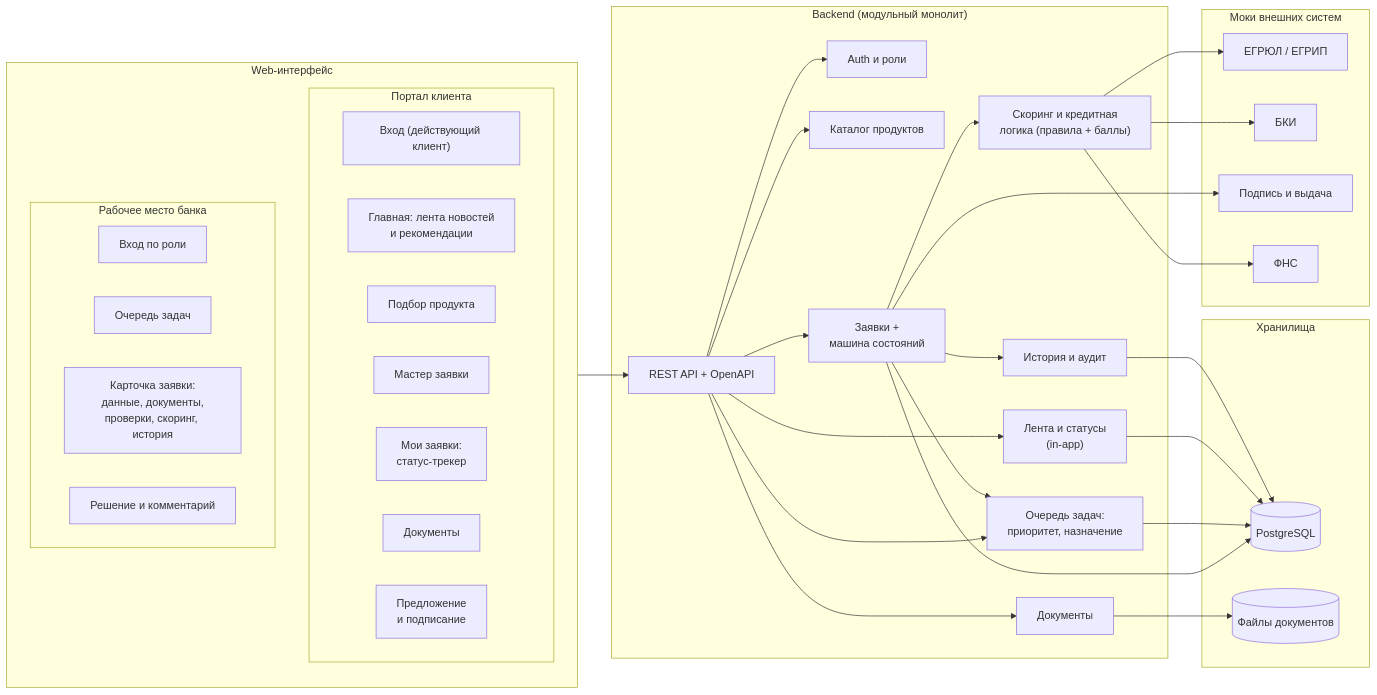
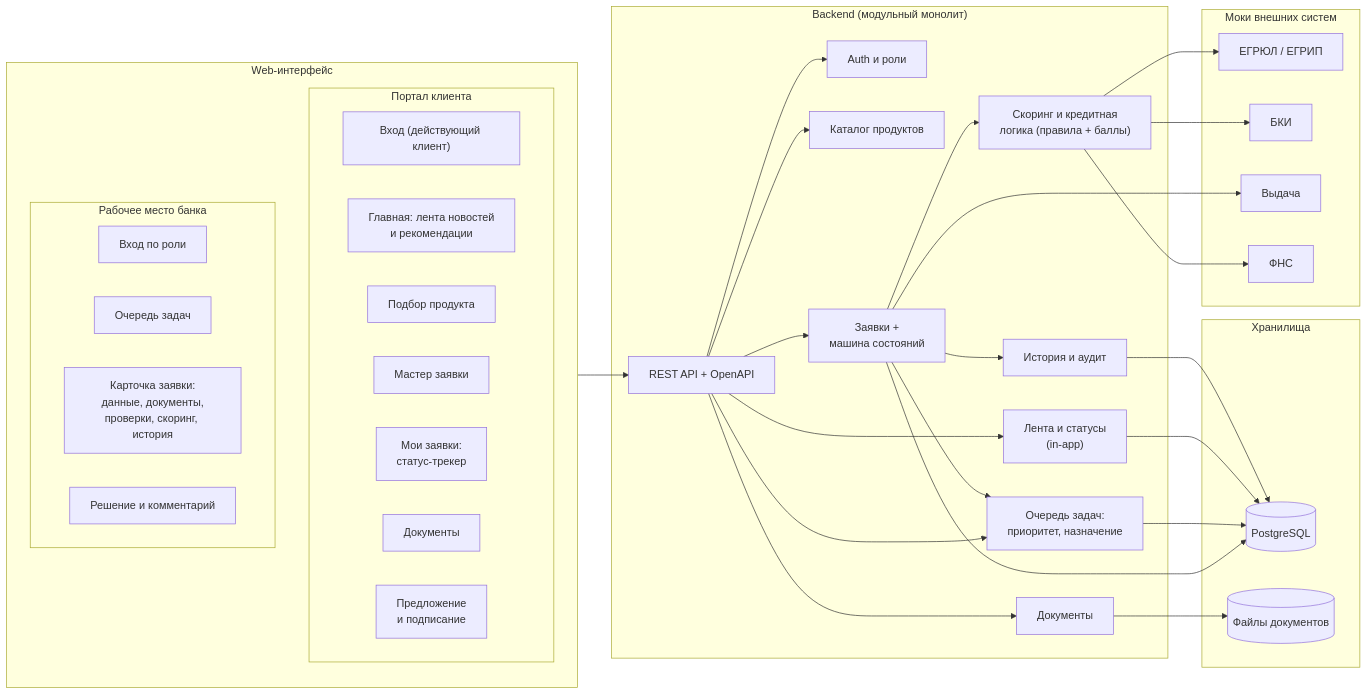
Before and after one commit to UnknownData7/alfa-hack-2026: the second of 3 diagrams in docs/DIAGRAMS.md, drawn with Mermaid. The commit also changed other lines of this file and 13 other files, not shown here.

````diff
--- a/docs/DIAGRAMS.md
+++ b/docs/DIAGRAMS.md
@@ -56,60 +56,60 @@
 ```mermaid
 flowchart LR
   subgraph FE["Web-интерфейс"]
     subgraph CP["Портал клиента"]
       p1["Вход (действующий клиент)"]
       p2["Главная: лента новостей<br/>и рекомендации"]
       p3["Подбор продукта"]
       p4["Мастер заявки"]
       p5["Мои заявки:<br/>статус-трекер"]
       p6["Документы"]
       p7["Предложение<br/>и подписание"]
     end
     subgraph WP["Рабочее место банка"]
       w1["Вход по роли"]
       w2["Очередь задач"]
       w3["Карточка заявки:<br/>данные, документы,<br/>проверки, скоринг, история"]
       w4["Решение и комментарий"]
     end
   end
   subgraph BE["Backend (модульный монолит)"]
     api["REST API + OpenAPI"]
     auth["Auth и роли"]
     prod["Каталог продуктов"]
     apps["Заявки +<br/>машина состояний"]
     docs["Документы"]
     tasks["Очередь задач:<br/>приоритет, назначение"]
     score["Скоринг и кредитная<br/>логика (правила + баллы)"]
     feed["Лента и статусы<br/>(in-app)"]
     audit["История и аудит"]
   end
   subgraph EXT["Моки внешних систем"]
     m1["ЕГРЮЛ / ЕГРИП"]
     m2["БКИ"]
-    m3["Подпись и выдача"]
+    m3["Выдача"]
     m4["ФНС"]
   end
   subgraph DATA["Хранилища"]
     db[("PostgreSQL")]
     fs[("Файлы документов")]
   end
   FE --> api
   api --> auth
   api --> prod
   api --> apps
   api --> docs
   api --> tasks
   api --> feed
   apps --> score
   apps --> tasks
   apps --> audit
   apps --> m3
   score --> m1
   score --> m2
   score --> m4
   apps --> db
   tasks --> db
   feed --> db
   audit --> db
   docs --> fs
 ```
````
